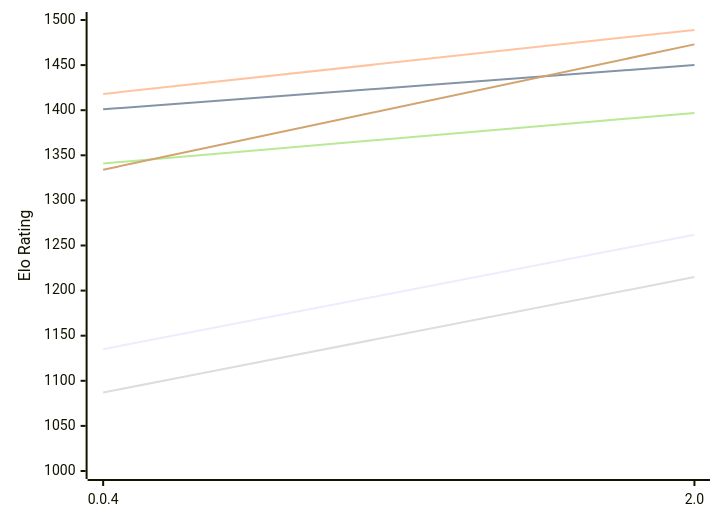
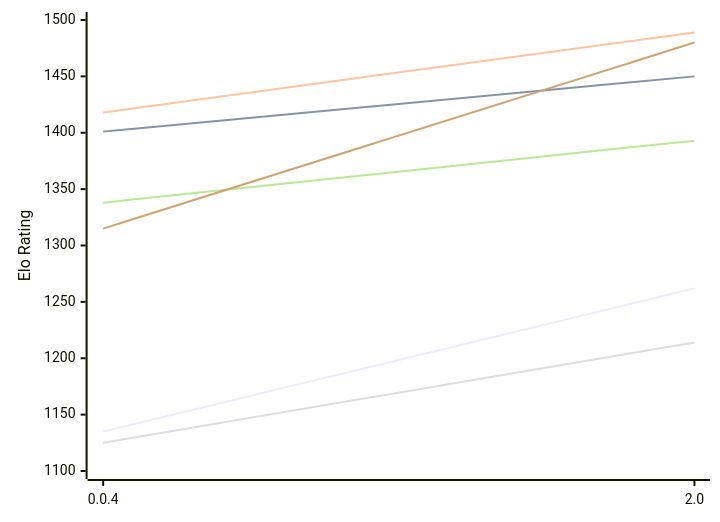
The first of 2 diagrams in engines/Oops!Mate.md (computer-chess-index/cci), drawn with Mermaid before and after one commit. The commit also changed other lines of this file, not shown here.

Commit message:
Update CCI Ratings (ELO VLTC) - 2026-11-20

````diff
--- a/engines/Oops!Mate.md
+++ b/engines/Oops!Mate.md
@@ -50,12 +50,12 @@
 ```mermaid
 %%{init: {"theme":"base","themeVariables":{"seriesColors:['#a3a3a3','#222221','#faa371']}}}%%
 xychart-beta
   x-axis ["0.0.4", "2.0"]
-  y-axis "Elo Rating" 1000 --> 1500
+  y-axis "Elo Rating" 1100 --> 1500
   line "E1: STC (8.0+0.08s)" [1135, 1262]
   line "E1: LTC (60.0+0.60s)" [1401, 1450]
   line "E1: VLTC (2m24s+1.12s)" [1418, 1489]
-  line "P1: STC (8.0+0.08s)" [1087, 1215]
-  line "P1: LTC (60.0+0.60s)" [1341, 1397]
-  line "P1: VLTC (2m24s+1.12s)" [1334, 1473]
+  line "P1: STC (8.0+0.08s)" [1125, 1214]
+  line "P1: LTC (60.0+0.60s)" [1338, 1393]
+  line "P1: VLTC (2m24s+1.12s)" [1315, 1480]
 ```
````
